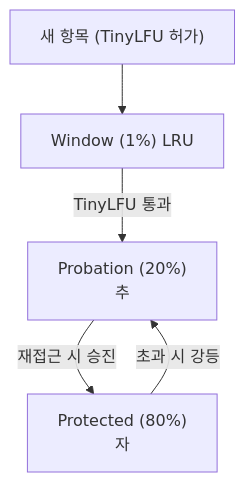
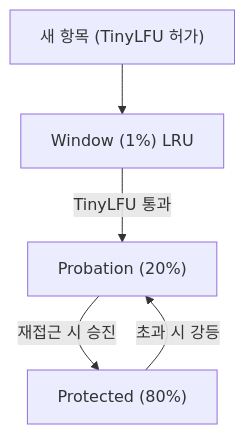
One commit to yjkim2015/yjkim2015.github.io changed the third of 4 diagrams in _posts/localcache/2026-05-01-local-cache-comparison.md. Above: the diagram before and after it, drawn with Mermaid. The commit also changed 217 other files, not shown here.

First line of the commit message:
Mermaid 크기 수정: useMaxWidth:true + SVG max-width:100% + 라벨 축소

````diff
--- a/_posts/localcache/2026-05-01-local-cache-comparison.md
+++ b/_posts/localcache/2026-05-01-local-cache-comparison.md
@@ -217,7 +217,7 @@
 ```mermaid
 graph TD
     NEW["새 항목 (TinyLFU 허가)"] --> WC["Window (1%) LRU"]
-    WC -->|TinyLFU 통과| PROB["Probation (20%)\n추"]
-    PROB -->|재접근 시 승진| PROT["Protected (80%)\n자"]
+    WC -->|TinyLFU 통과| PROB["Probation (20%)"]
+    PROB -->|재접근 시 승진| PROT["Protected (80%)"]
     PROT -->|초과 시 강등| PROB
 ```
````
